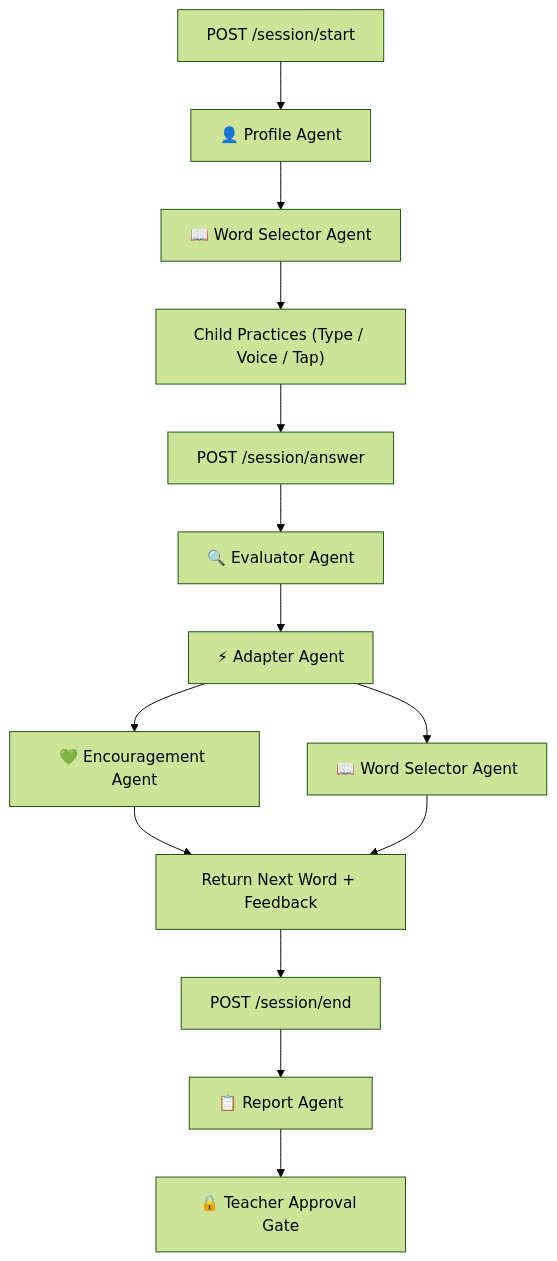
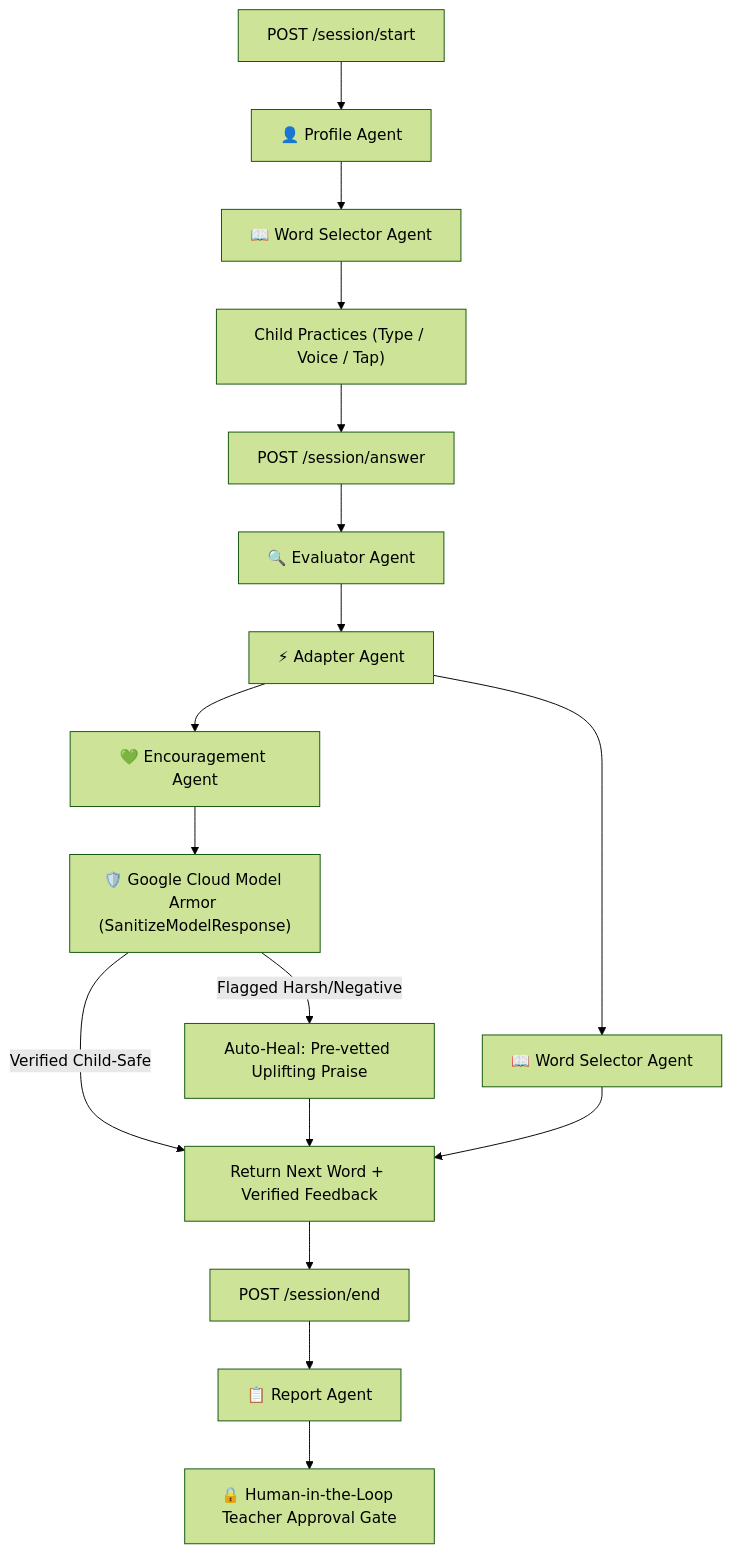
The second of 2 diagrams in README.md (soumyaritu/WordBloom), drawn with Mermaid (forest theme) before and after one commit. The commit also changed other lines of this file and 7 other files, not shown here.

Commit message:
feat: Add Google Cloud Model Armor child safeguarding governance and update README

````diff
--- a/README.md
+++ b/README.md
@@ -195,16 +202,19 @@
 ```mermaid
 graph TD
     A["POST /session/start"] --> B["👤 Profile Agent"]
     B --> C["📖 Word Selector Agent"]
     C --> D["Child Practices (Type / Voice / Tap)"]
     D --> E["POST /session/answer"]
     E --> F["🔍 Evaluator Agent"]
     F --> G["⚡ Adapter Agent"]
     G --> H1["💚 Encouragement Agent"]
     G --> H2["📖 Word Selector Agent"]
-    H1 --> I["Return Next Word + Feedback"]
+    H1 --> MA["🛡️ Google Cloud Model Armor (SanitizeModelResponse)"]
+    MA -->|"Verified Child-Safe"| I["Return Next Word + Verified Feedback"]
+    MA -->|"Flagged Harsh/Negative"| HEAL["Auto-Heal: Pre-vetted Uplifting Praise"]
+    HEAL --> I
     H2 --> I
     I --> J["POST /session/end"]
     J --> K["📋 Report Agent"]
-    K --> L["🔒 Teacher Approval Gate"]
+    K --> L["🔒 Human-in-the-Loop Teacher Approval Gate"]
 ```
````
